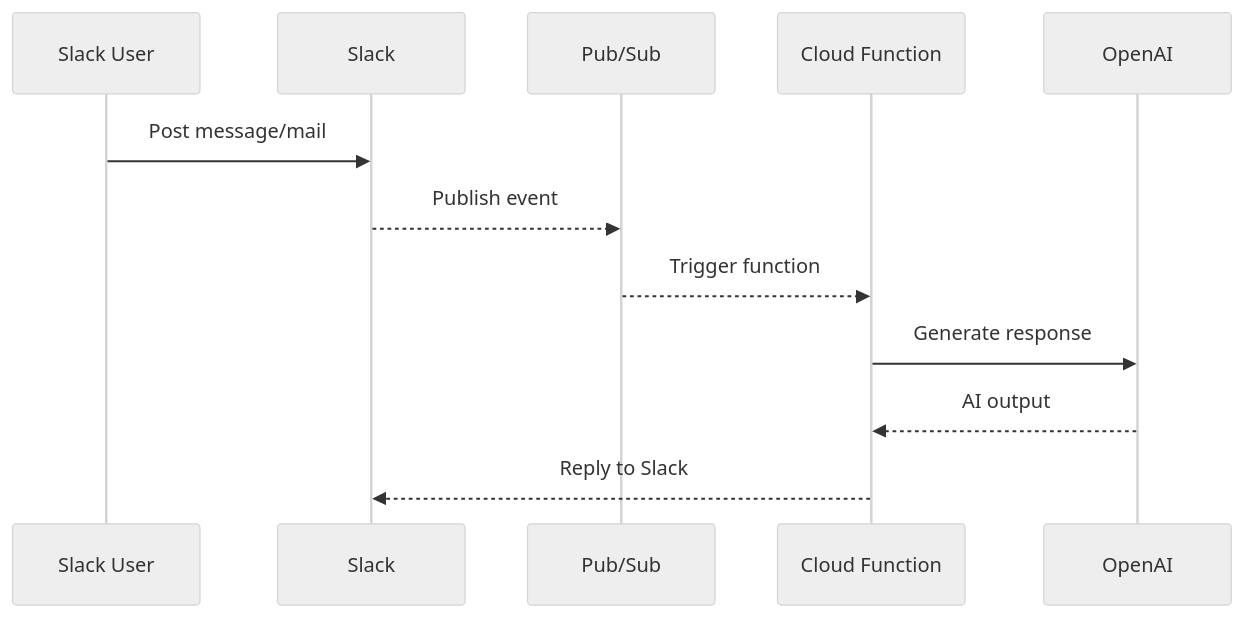
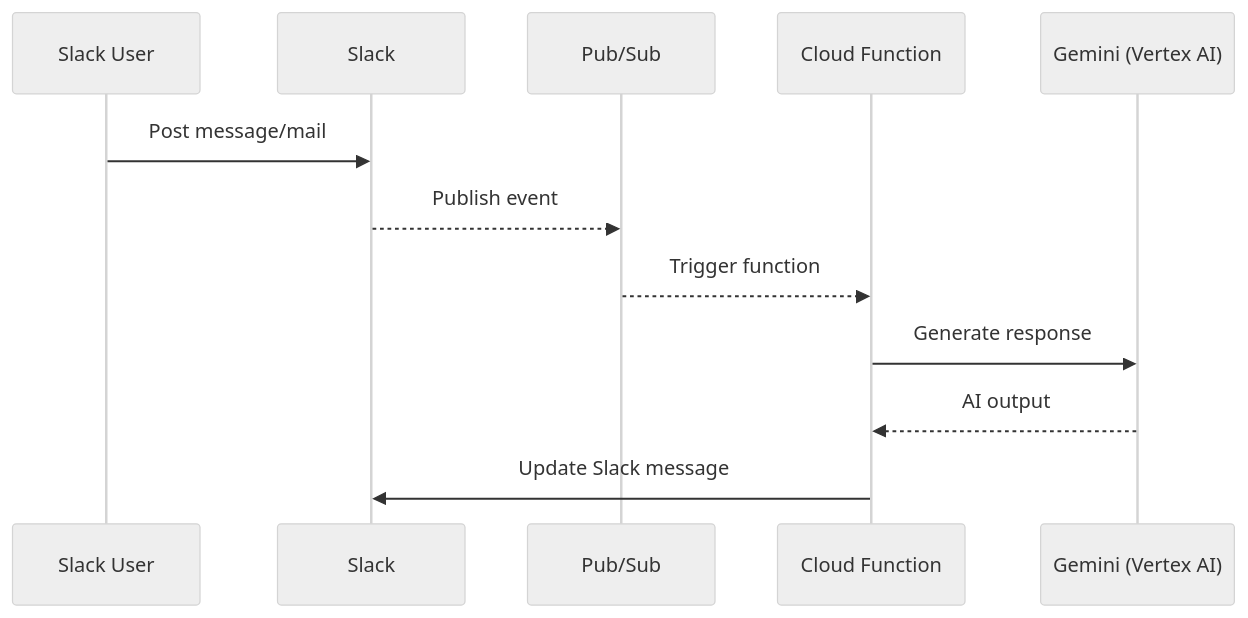
Before and after one commit to bulldra/slack-sub-bot: the diagram in README.md, drawn with Mermaid (neutral theme). The commit also changed other lines of this file and 33 other files, not shown here.

````diff
--- a/README.md
+++ b/README.md
@@ -64,14 +64,14 @@
 ```mermaid
 sequenceDiagram
     participant U as Slack User
     participant S as Slack
     participant P as Pub/Sub
     participant F as Cloud Function
-    participant O as OpenAI
+    participant G as Gemini (Vertex AI)
     U->>S: Post message/mail
     S-->>P: Publish event
     P-->>F: Trigger function
-    F->>O: Generate response
-    O-->>F: AI output
-    F-->>S: Reply to Slack
+    F->>G: Generate response
+    G-->>F: AI output
+    F->>S: Update Slack message
 ```
````
